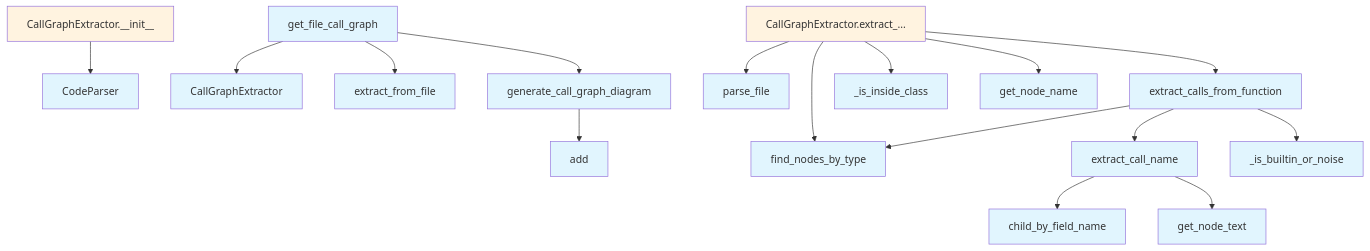
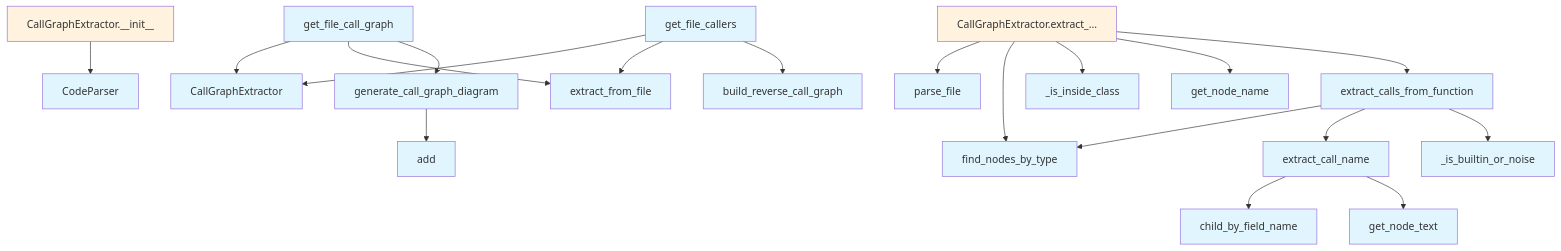
The second of 2 diagrams in .deepwiki/files/src/local_deepwiki/generators/callgraph.md (UrbanDiver/local-deepwiki-mcp), drawn with Mermaid before and after one commit. The commit also changed other lines of this file and 48 other files, not shown here.

````diff
--- a/.deepwiki/files/src/local_deepwiki/generators/callgraph.md
+++ b/.deepwiki/files/src/local_deepwiki/generators/callgraph.md
@@ -682,39 +760,44 @@
 ```mermaid
 flowchart TD
     N0[CallGraphExtractor]
     N1[CallGraphExtractor.__init__]
     N2[CallGraphExtractor.extract_...]
     N3[CodeParser]
     N4[_is_builtin_or_noise]
     N5[_is_inside_class]
     N6[add]
-    N7[child_by_field_name]
-    N8[extract_call_name]
-    N9[extract_calls_from_function]
-    N10[extract_from_file]
-    N11[find_nodes_by_type]
-    N12[generate_call_graph_diagram]
-    N13[get_file_call_graph]
-    N14[get_node_name]
-    N15[get_node_text]
-    N16[parse_file]
-    N8 --> N7
-    N8 --> N15
-    N9 --> N11
+    N7[build_reverse_call_graph]
+    N8[child_by_field_name]
+    N9[extract_call_name]
+    N10[extract_calls_from_function]
+    N11[extract_from_file]
+    N12[find_nodes_by_type]
+    N13[generate_call_graph_diagram]
+    N14[get_file_call_graph]
+    N15[get_file_callers]
+    N16[get_node_name]
+    N17[get_node_text]
+    N18[parse_file]
     N9 --> N8
-    N9 --> N4
-    N12 --> N6
-    N13 --> N0
-    N13 --> N10
-    N13 --> N12
+    N9 --> N17
+    N10 --> N12
+    N10 --> N9
+    N10 --> N4
+    N13 --> N6
+    N14 --> N0
+    N14 --> N11
+    N14 --> N13
+    N15 --> N0
+    N15 --> N11
+    N15 --> N7
     N1 --> N3
+    N2 --> N18
+    N2 --> N12
+    N2 --> N5
     N2 --> N16
-    N2 --> N11
-    N2 --> N5
-    N2 --> N14
-    N2 --> N9
+    N2 --> N10
     classDef func fill:#e1f5fe
-    class N0,N3,N4,N5,N6,N7,N8,N9,N10,N11,N12,N13,N14,N15,N16 func
+    class N0,N3,N4,N5,N6,N7,N8,N9,N10,N11,N12,N13,N14,N15,N16,N17,N18 func
     classDef method fill:#fff3e0
     class N1,N2 method
 ```
````
